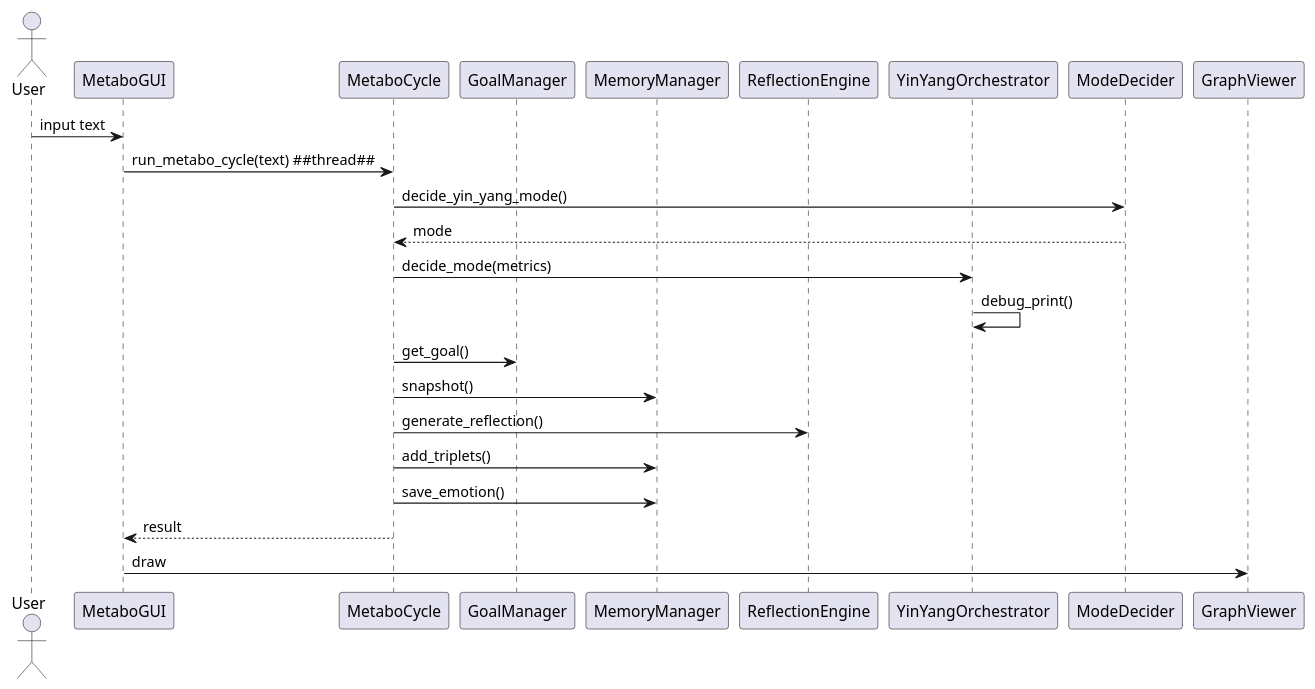
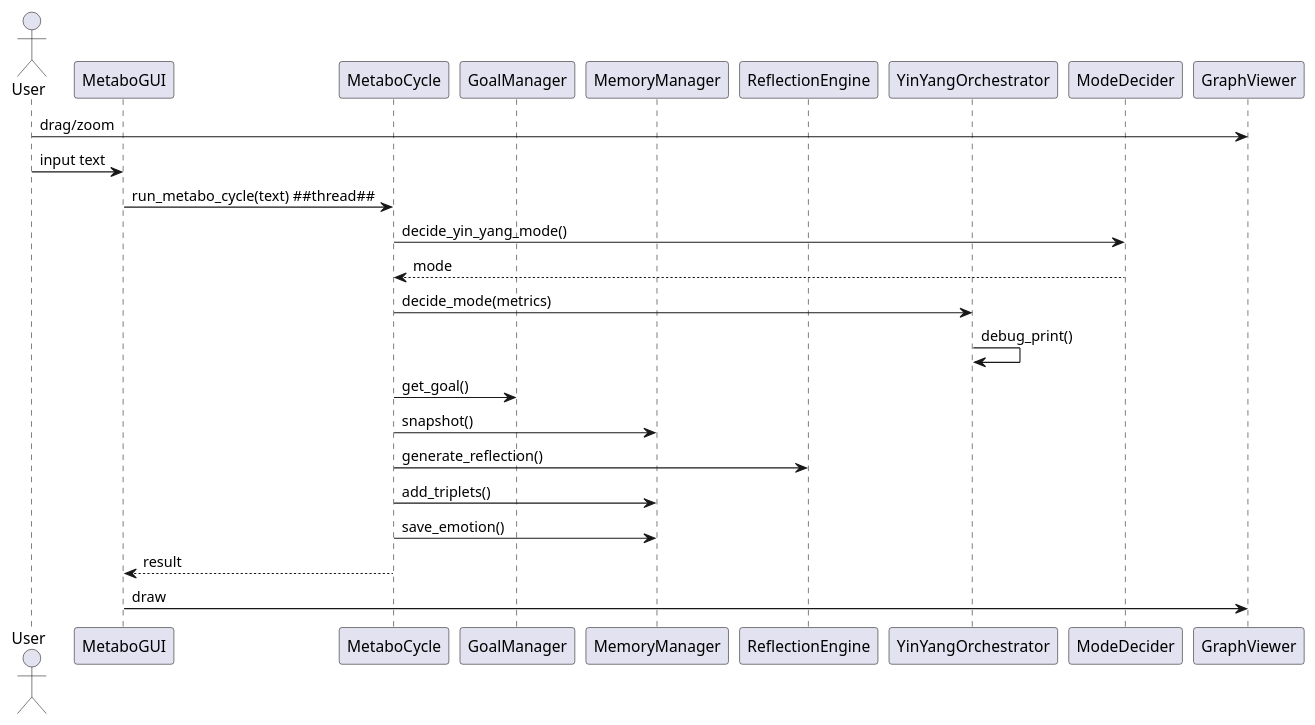
One commit to marcusreimold/MetaboMind changed the diagram in doc/diagrams/sequence_diagram.puml. Above: the diagram before and after it, drawn with PlantUML. The commit also changed 4 other files, not shown here.

Commit message:
Improve graph viewer with panning (#65)

```diff
--- a/doc/diagrams/sequence_diagram.puml
+++ b/doc/diagrams/sequence_diagram.puml
@@ -1,24 +1,25 @@
 @startuml
 actor User
 participant MetaboGUI
 participant MetaboCycle
 participant GoalManager
 participant MemoryManager
 participant ReflectionEngine
 participant YinYangOrchestrator
 participant ModeDecider
 participant GraphViewer
+User -> GraphViewer: drag/zoom
 User -> MetaboGUI: input text
 MetaboGUI -> MetaboCycle: run_metabo_cycle(text) ##thread##
 MetaboCycle -> ModeDecider: decide_yin_yang_mode()
 ModeDecider --> MetaboCycle: mode
 MetaboCycle -> YinYangOrchestrator: decide_mode(metrics)
 YinYangOrchestrator -> YinYangOrchestrator: debug_print()
 MetaboCycle -> GoalManager: get_goal()
 MetaboCycle -> MemoryManager: snapshot()
 MetaboCycle -> ReflectionEngine: generate_reflection()
 MetaboCycle -> MemoryManager: add_triplets()
 MetaboCycle -> MemoryManager: save_emotion()
 MetaboCycle --> MetaboGUI: result
 MetaboGUI -> GraphViewer: draw
 @enduml
```
